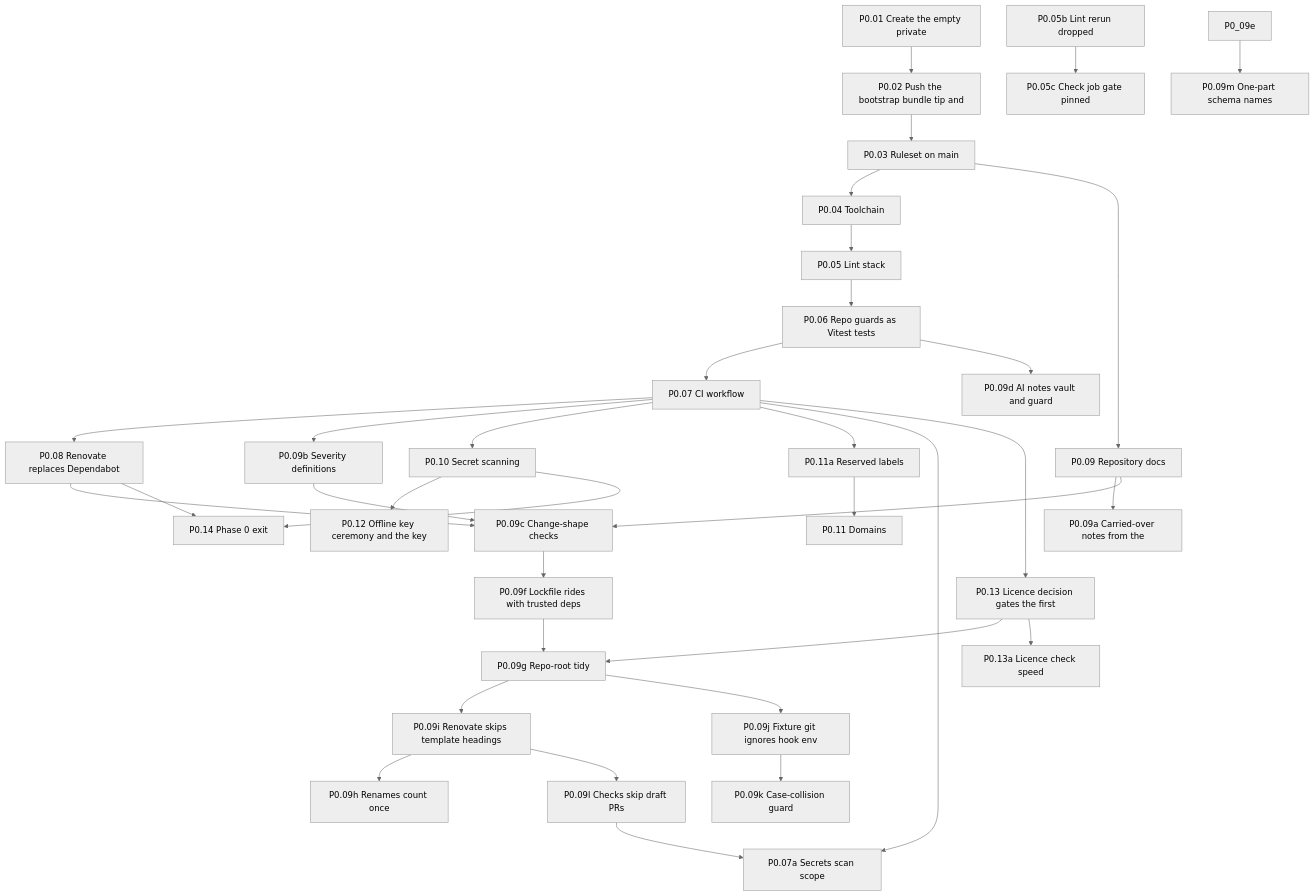
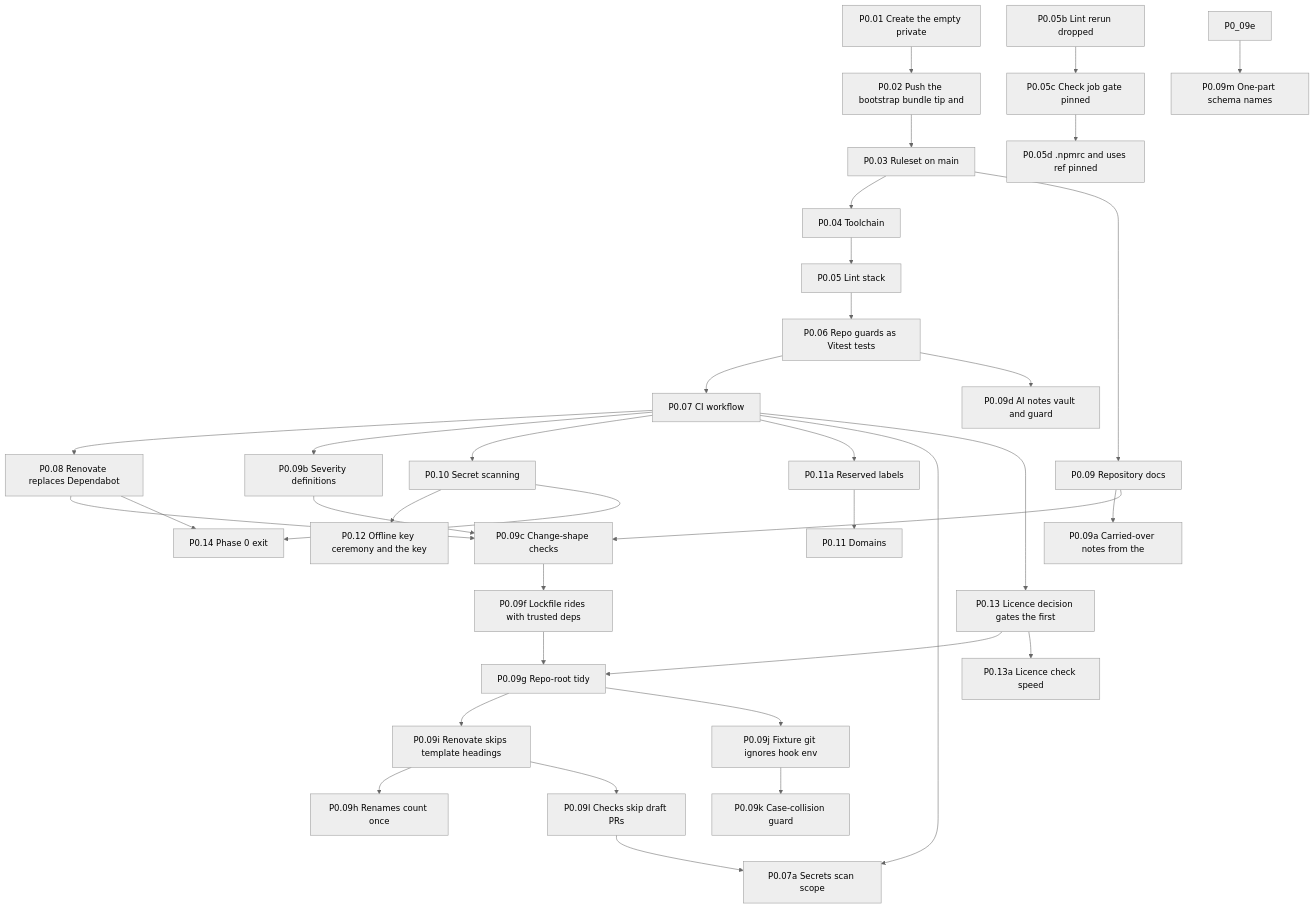
Before and after one commit to Undefined6799/unset: the first of 11 diagrams in docs/ai/book/01-outline.md, drawn with Mermaid (neutral theme). The commit also changed other lines of this file and 3 other files, not shown here.

````diff
--- a/docs/ai/book/01-outline.md
+++ b/docs/ai/book/01-outline.md
@@ -62,68 +63,70 @@
 ```mermaid
 flowchart TD
   P0_01["P0.01 Create the empty private"]
   P0_02["P0.02 Push the bootstrap bundle tip and"]
   P0_03["P0.03 Ruleset on main"]
   P0_04["P0.04 Toolchain"]
   P0_05["P0.05 Lint stack"]
   P0_05b["P0.05b Lint rerun dropped"]
   P0_05c["P0.05c Check job gate pinned"]
+  P0_05d["P0.05d .npmrc and uses ref pinned"]
   P0_06["P0.06 Repo guards as Vitest tests"]
   P0_07["P0.07 CI workflow"]
   P0_08["P0.08 Renovate replaces Dependabot"]
   P0_09["P0.09 Repository docs"]
   P0_09a["P0.09a Carried-over notes from the"]
   P0_09b["P0.09b Severity definitions"]
   P0_09c["P0.09c Change-shape checks"]
   P0_09d["P0.09d AI notes vault and guard"]
   P0_09f["P0.09f Lockfile rides with trusted deps"]
   P0_09g["P0.09g Repo-root tidy"]
   P0_09h["P0.09h Renames count once"]
   P0_09i["P0.09i Renovate skips template headings"]
   P0_09l["P0.09l Checks skip draft PRs"]
   P0_07a["P0.07a Secrets scan scope"]
   P0_09j["P0.09j Fixture git ignores hook env"]
   P0_09k["P0.09k Case-collision guard"]
   P0_09m["P0.09m One-part schema names"]
   P0_10["P0.10 Secret scanning"]
   P0_11a["P0.11a Reserved labels"]
   P0_11["P0.11 Domains"]
   P0_12["P0.12 Offline key ceremony and the key"]
   P0_13["P0.13 Licence decision gates the first"]
   P0_13a["P0.13a Licence check speed"]
   P0_14["P0.14 Phase 0 exit"]
   P0_01 --> P0_02
   P0_02 --> P0_03
   P0_03 --> P0_04
   P0_04 --> P0_05
   P0_05b --> P0_05c
+  P0_05c --> P0_05d
   P0_05 --> P0_06
   P0_06 --> P0_07
   P0_07 --> P0_08
   P0_03 --> P0_09
   P0_09 --> P0_09a
   P0_07 --> P0_09b
   P0_08 --> P0_09c
   P0_09 --> P0_09c
   P0_09b --> P0_09c
   P0_06 --> P0_09d
   P0_09c --> P0_09f
   P0_09f --> P0_09g
   P0_13 --> P0_09g
   P0_09g --> P0_09i
   P0_09g --> P0_09j
   P0_09i --> P0_09h
   P0_09j --> P0_09k
   P0_09e --> P0_09m
   P0_09i --> P0_09l
   P0_07 --> P0_10
   P0_07 --> P0_11a
   P0_07 --> P0_07a
   P0_09l --> P0_07a
   P0_11a --> P0_11
   P0_10 --> P0_12
   P0_07 --> P0_13
   P0_13 --> P0_13a
   P0_08 --> P0_14
   P0_10 --> P0_14
 ```
````
